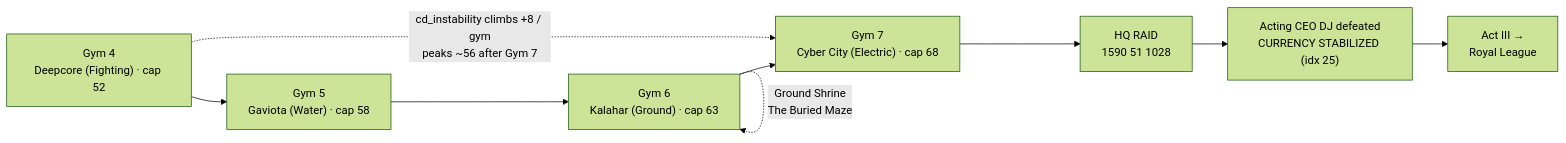
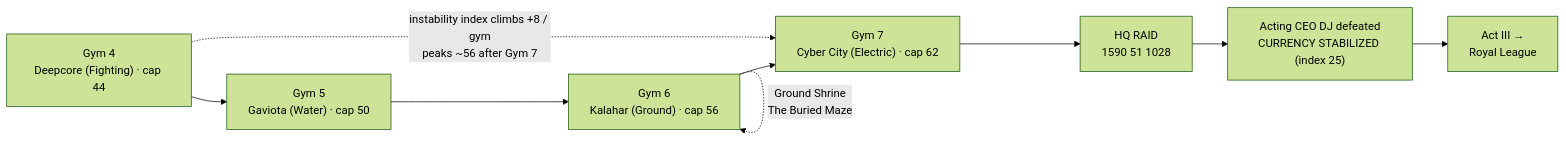
The first of 2 diagrams in wiki/Guidebook-Act-II.md (The-Company-Inc-Nerds/the-cobblemon-initiative), drawn with Mermaid (forest theme) before and after one commit. The commit also changed other lines of this file and 456 other files, not shown here.

````diff
--- a/wiki/Guidebook-Act-II.md
+++ b/wiki/Guidebook-Act-II.md
@@ -22,12 +25,12 @@
 ```mermaid
 flowchart LR
-  A["Gym 4<br/>Deepcore (Fighting) · cap 52"] --> B["Gym 5<br/>Gaviota (Water) · cap 58"]
-  B --> C["Gym 6<br/>Kalahar (Ground) · cap 63"]
-  C --> D["Gym 7<br/>Cyber City (Electric) · cap 68"]
+  A["Gym 4<br/>Deepcore (Fighting) · cap 44"] --> B["Gym 5<br/>Gaviota (Water) · cap 50"]
+  B --> C["Gym 6<br/>Kalahar (Ground) · cap 56"]
+  C --> D["Gym 7<br/>Cyber City (Electric) · cap 62"]
   D --> E["HQ RAID<br/>1590 51 1028"]
-  E --> F["Acting CEO DJ defeated<br/>CURRENCY STABILIZED (idx 25)"]
+  E --> F["Acting CEO DJ defeated<br/>CURRENCY STABILIZED (index 25)"]
   F --> G["Act III →<br/>Royal League"]
 
   C -. "Ground Shrine<br/>The Buried Maze" .-> C
-  A -. "cd_instability climbs +8 / gym<br/>peaks ~56 after Gym 7" .-> D
+  A -. "instability index climbs +8 / gym<br/>peaks ~56 after Gym 7" .-> D
 ```
````
